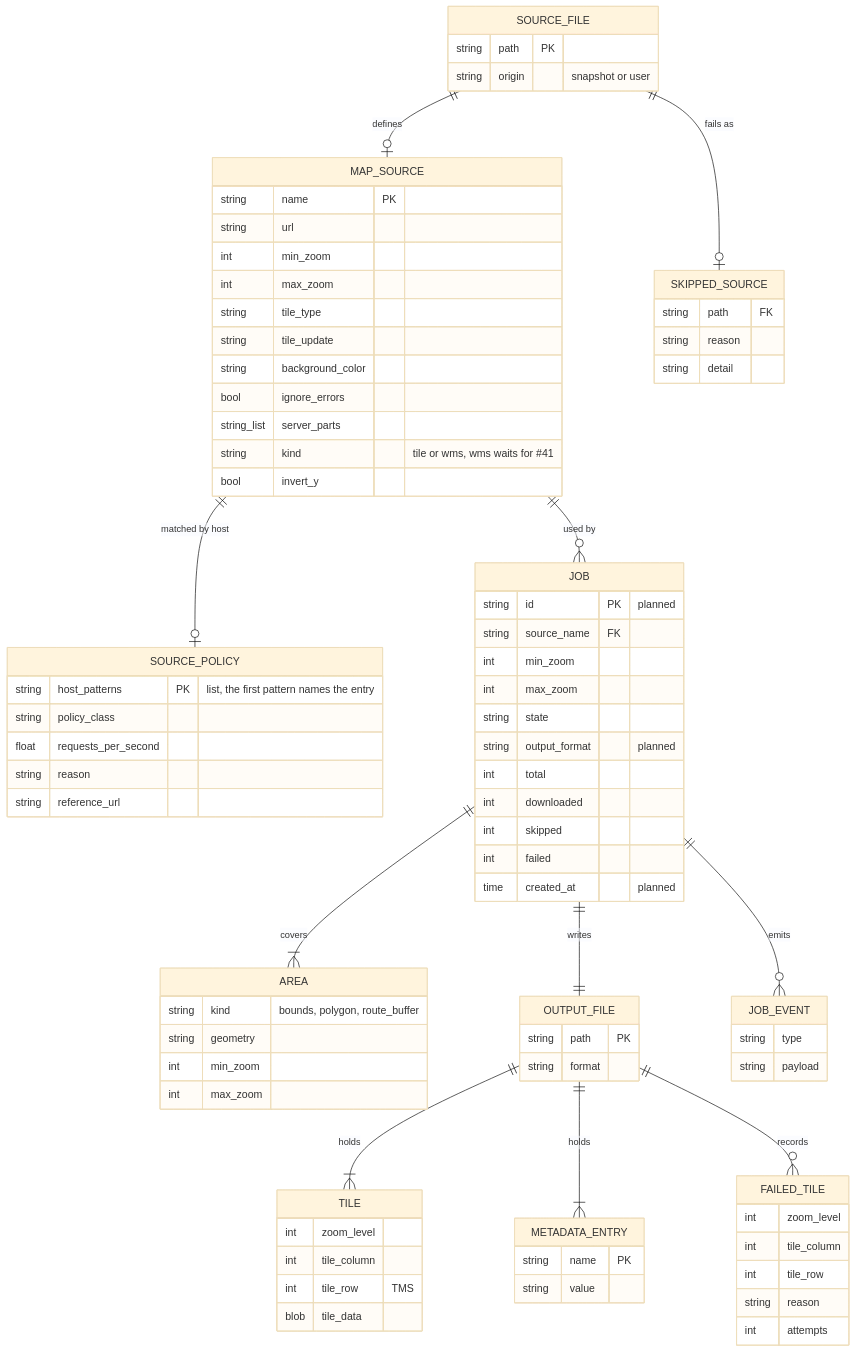
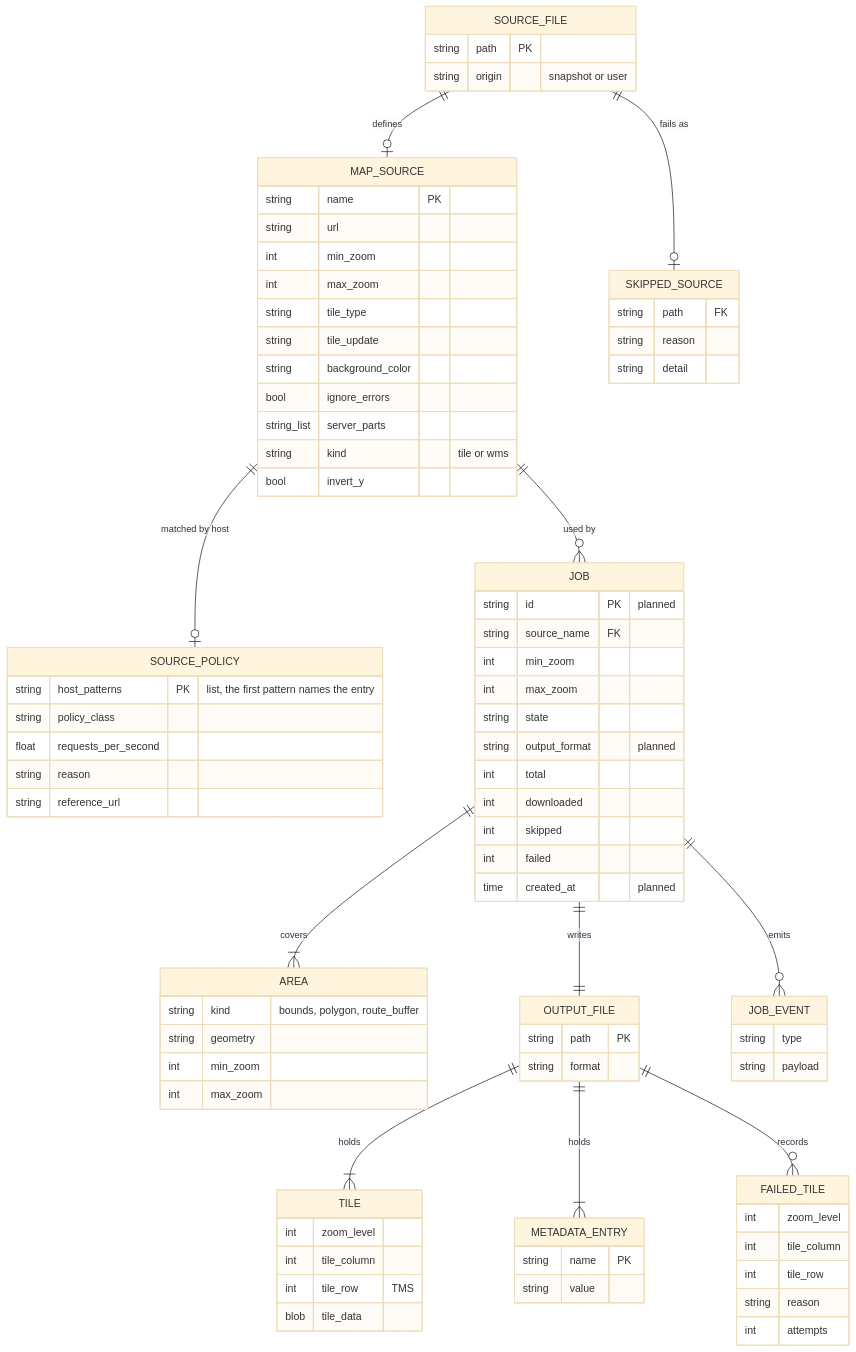
One commit to Crank-Git/ATAKMapDownloader changed the second of 3 diagrams in docs/specs/spec.md. Above: the diagram before and after it, drawn with Mermaid (base theme). The commit also changed other lines of this file and 1 other file, not shown here.

Commit message:
Record the WMS ruling and mark source sync built in the spec

```diff
--- a/docs/specs/spec.md
+++ b/docs/specs/spec.md
@@ -241,7 +241,7 @@
     string background_color
     bool ignore_errors
     string_list server_parts
-    string kind "tile or wms, wms waits for #41"
+    string kind "tile or wms"
     bool invert_y
   }
   SOURCE_FILE {
```
